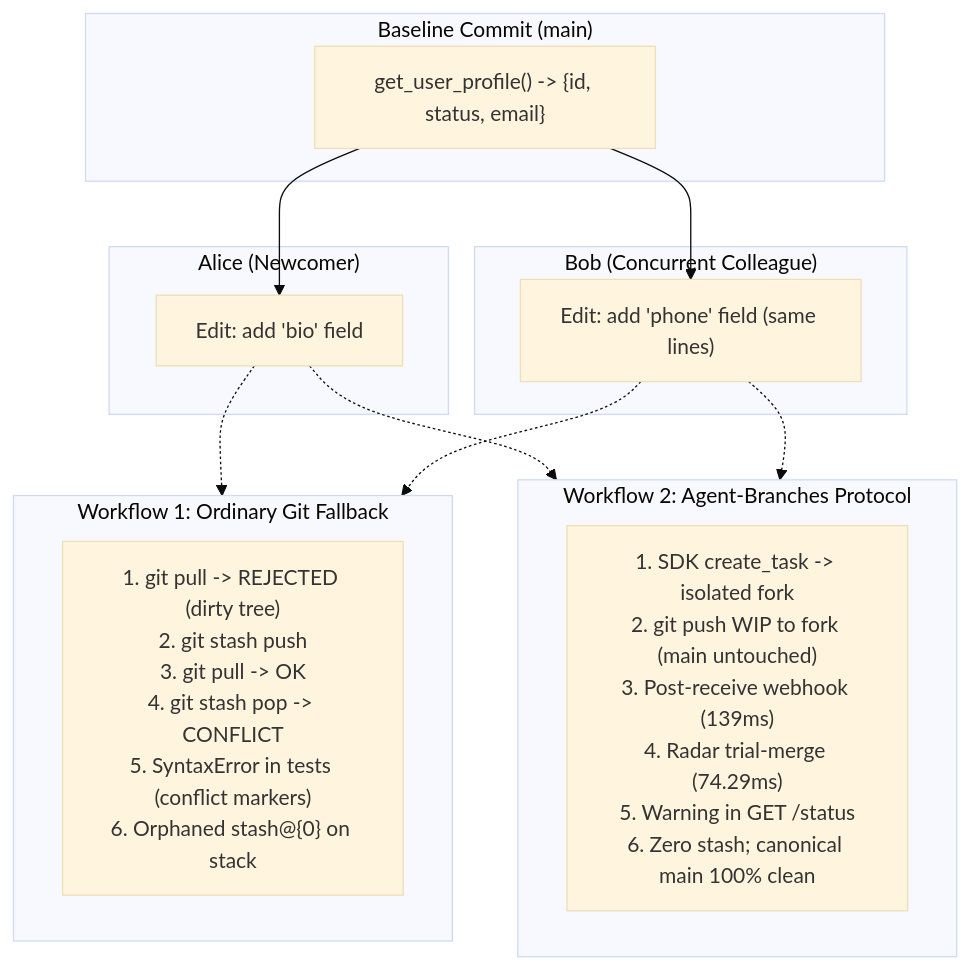
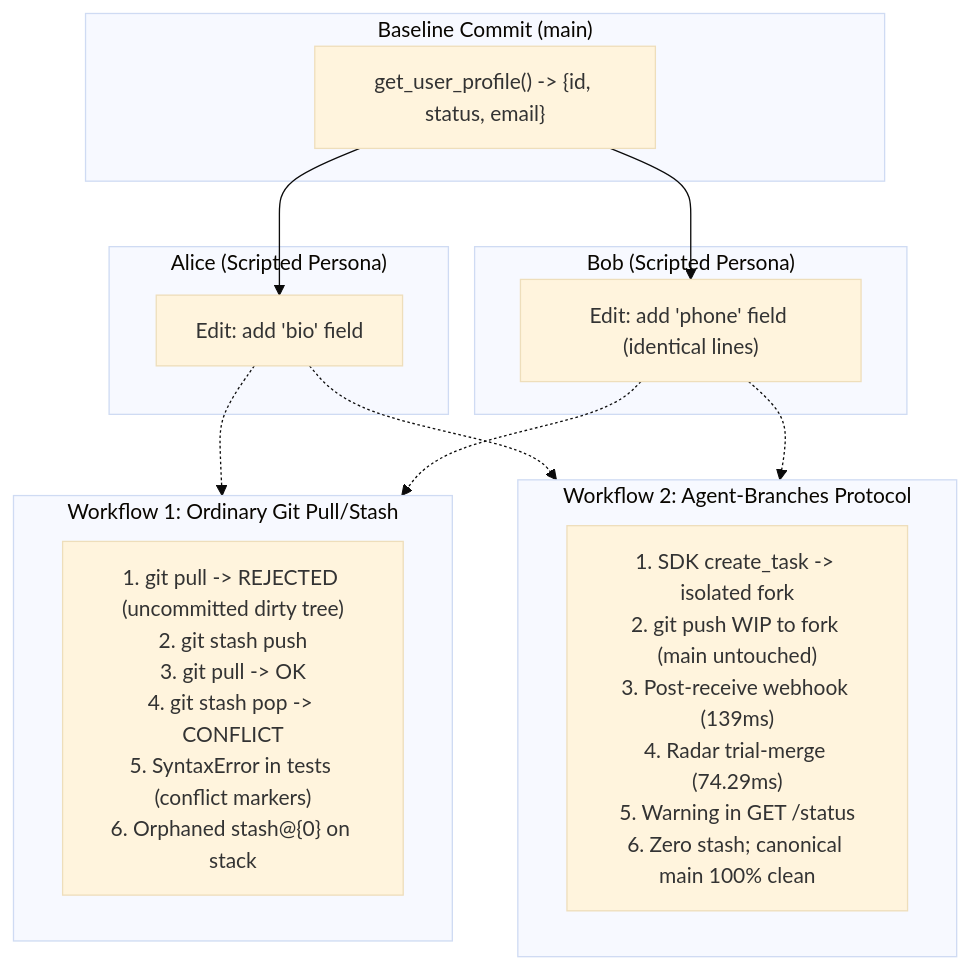
One commit to alexeygrigorev/cloudflare-agent-git changed the diagram in research/antigravity/dogfood/CONSUMER-NEWCOMER-DECISION-OBSERVATION.md. Above: the diagram before and after it, drawn with Mermaid (base theme). The commit also changed other lines of this file and 4 other files, not shown here.

````diff
--- a/research/antigravity/dogfood/CONSUMER-NEWCOMER-DECISION-OBSERVATION.md
+++ b/research/antigravity/dogfood/CONSUMER-NEWCOMER-DECISION-OBSERVATION.md
@@ -88,30 +89,30 @@
 ```mermaid
 flowchart TB
     subgraph Baseline["Baseline Commit (main)"]
         BASE["get_user_profile() -> {id, status, email}"]
     end
 
-    subgraph AliceLane["Alice (Newcomer)"]
+    subgraph AliceLane["Alice (Scripted Persona)"]
         ALICE_EDIT["Edit: add 'bio' field"]
     end
 
-    subgraph BobLane["Bob (Concurrent Colleague)"]
-        BOB_EDIT["Edit: add 'phone' field (same lines)"]
+    subgraph BobLane["Bob (Scripted Persona)"]
+        BOB_EDIT["Edit: add 'phone' field (identical lines)"]
     end
 
     BASE --> ALICE_EDIT
     BASE --> BOB_EDIT
 
-    subgraph W1["Workflow 1: Ordinary Git Fallback"]
-        W1_STASH["1. git pull -> REJECTED (dirty tree)\n2. git stash push\n3. git pull -> OK\n4. git stash pop -> CONFLICT\n5. SyntaxError in tests (conflict markers)\n6. Orphaned stash@{0} on stack"]
+    subgraph W1["Workflow 1: Ordinary Git Pull/Stash"]
+        W1_STASH["1. git pull -> REJECTED (uncommitted dirty tree)\n2. git stash push\n3. git pull -> OK\n4. git stash pop -> CONFLICT\n5. SyntaxError in tests (conflict markers)\n6. Orphaned stash@{0} on stack"]
     end
 
     subgraph W2["Workflow 2: Agent-Branches Protocol"]
         W2_FORK["1. SDK create_task -> isolated fork\n2. git push WIP to fork (main untouched)\n3. Post-receive webhook (139ms)\n4. Radar trial-merge (74.29ms)\n5. Warning in GET /status\n6. Zero stash; canonical main 100% clean"]
     end
 
     ALICE_EDIT -.-> W1
     BOB_EDIT -.-> W1
     ALICE_EDIT -.-> W2
     BOB_EDIT -.-> W2
 ```
````
